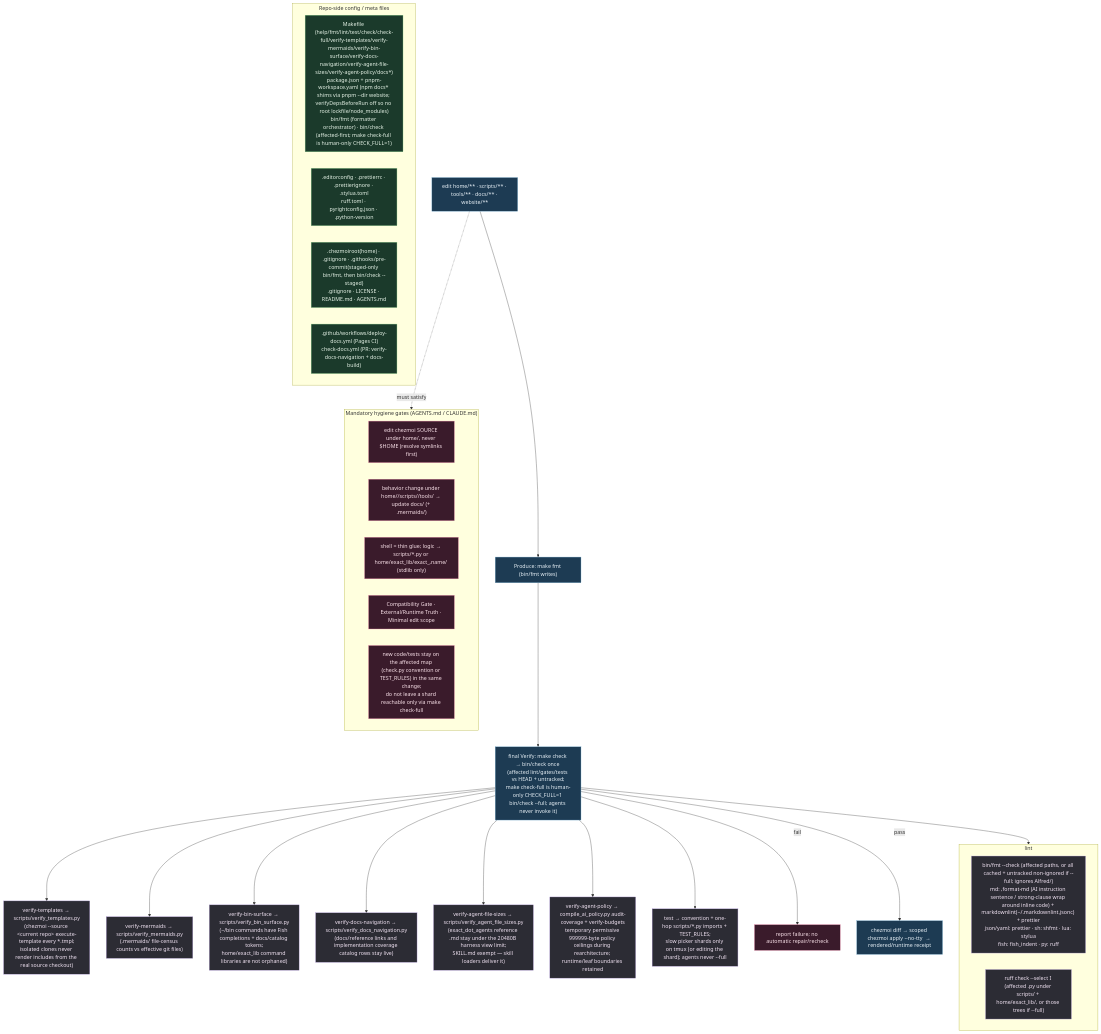
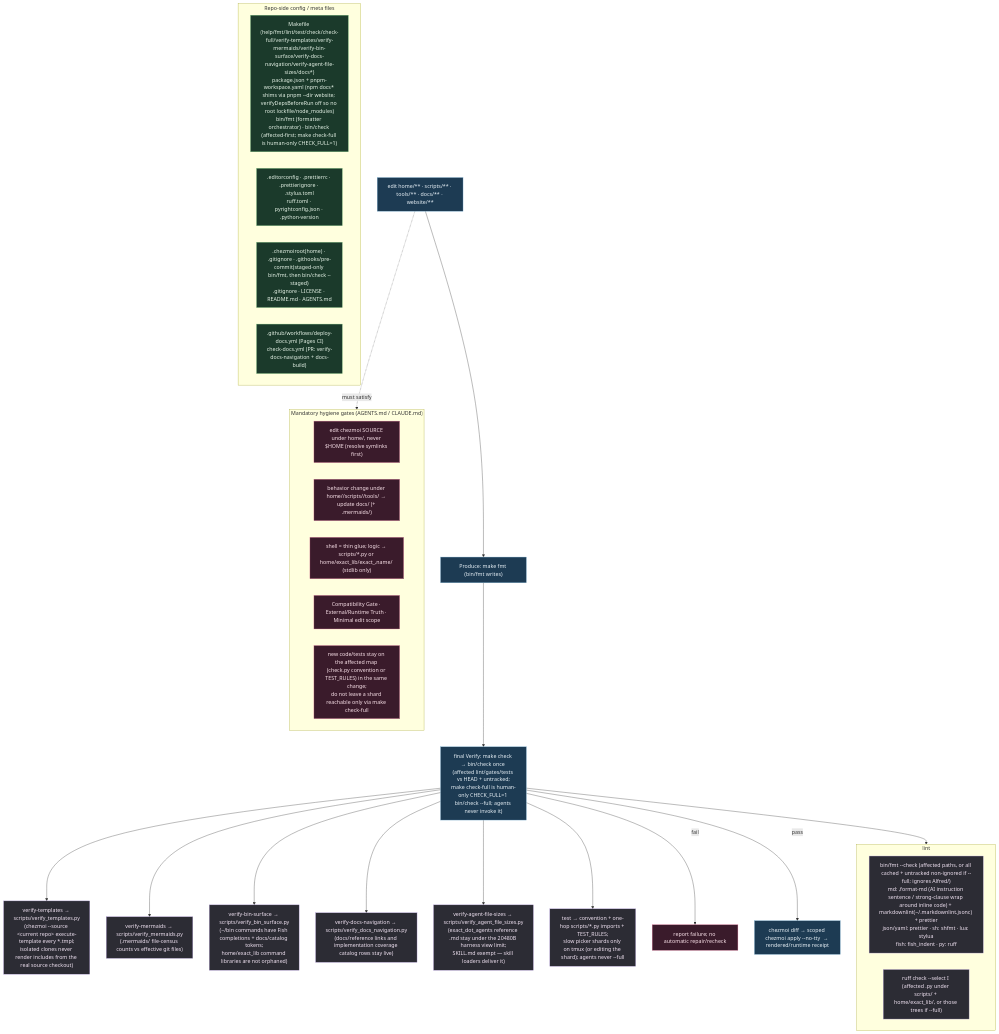
The diagram in .mermaids/09-repo-validation.mmd (kapral18/dotfiles), drawn with Mermaid before and after one commit. The commit also changed 520 other files, not shown here.

```diff
--- a/.mermaids/09-repo-validation.mmd
+++ b/.mermaids/09-repo-validation.mmd
@@ -1,46 +1,45 @@
 %% ============================================================================
 %% 09-repo-validation.mmd — Repo dev loop + every repo-side config/meta file.
 %% Produce: `make fmt`; integrated final Verify: `make check` once. `make check` is affected-only
 %% (`bin/check` vs dirty paths). `make check-full` is human-only (`CHECK_FULL=1 bin/check --full`);
 %% agents must never invoke it. Pre-commit: staged-only bin/fmt, then `bin/check --staged`.
 %% ============================================================================
 flowchart TD
     classDef mk fill:#1d3b53,stroke:#7fb3d5,color:#eaf2f8;
     classDef tool fill:#2c2c34,stroke:#b39ddb,color:#f3e5f5;
     classDef gate fill:#3a1b2b,stroke:#f48fb1,color:#fce4ec;
     classDef cfg fill:#1b3a2b,stroke:#81c784,color:#e8f5e9;
 
     EDIT["edit home/** · scripts/** · tools/** · docs/** · website/**"]:::mk --> FMTW["Produce: make fmt (bin/fmt writes)"]:::mk
     FMTW --> CHECK["final Verify: make check → bin/check once (affected lint/gates/tests vs HEAD + untracked;<br/>make check-full is human-only CHECK_FULL=1 bin/check --full; agents never invoke it)"]:::mk
 
     subgraph LINT["lint"]
         FMT["bin/fmt --check (affected paths, or all cached + untracked non-ignored if --full; ignores Alfred/)<br/>md: ,format-md (AI instruction sentence / strong-clause wrap around inline code) + markdownlint(~/.markdownlint.jsonc) + prettier<br/>json/yaml: prettier · sh: shfmt · lua: stylua<br/>fish: fish_indent · py: ruff"]:::tool
         RUFFI["ruff check --select I (affected .py under scripts/ + home/exact_lib/, or those trees if --full)"]:::tool
     end
     VT["verify-templates → scripts/verify_templates.py<br/>(chezmoi --source &lt;current repo&gt; execute-template every *.tmpl;<br/>isolated clones never render includes from the real source checkout)"]:::tool
     VM["verify-mermaids → scripts/verify_mermaids.py<br/>(.mermaids/ file-census counts vs effective git files)"]:::tool
     VB["verify-bin-surface → scripts/verify_bin_surface.py<br/>(~/bin commands have Fish completions + docs/catalog tokens;<br/>home/exact_lib command libraries are not orphaned)"]:::tool
     VDN["verify-docs-navigation → scripts/verify_docs_navigation.py<br/>(docs/reference links and implementation coverage catalog rows stay live)"]:::tool
     VAF["verify-agent-file-sizes → scripts/verify_agent_file_sizes.py<br/>(exact_dot_agents reference .md stay under the 20480B harness view limit;<br/>SKILL.md exempt — skill loaders deliver it)"]:::tool
-    VAP["verify-agent-policy → compile_ai_policy.py audit-coverage + verify-budgets<br/>temporary permissive 999999-byte policy ceilings during rearchitecture; runtime/leaf boundaries retained"]:::tool
     TST["test → convention + one-hop scripts/*.py imports + TEST_RULES;<br/>slow picker shards only on tmux (or editing the shard); agents never --full"]:::tool
-    CHECK --> LINT & VT & VM & VB & VDN & VAF & VAP & TST
+    CHECK --> LINT & VT & VM & VB & VDN & VAF & TST
 
     CHECK -->|fail| STOP["report failure; no automatic repair/recheck"]:::gate
     CHECK -->|pass| APPLY["chezmoi diff → scoped chezmoi apply --no-tty <target> → rendered/runtime receipt"]:::mk
 
     subgraph CONFIG["Repo-side config / meta files"]
-        C1["Makefile (help/fmt/lint/test/check/check-full/verify-templates/verify-mermaids/verify-bin-surface/verify-docs-navigation/verify-agent-file-sizes/verify-agent-policy/docs*)<br/>package.json + pnpm-workspace.yaml (npm docs* shims via pnpm --dir website; verifyDepsBeforeRun off so no root lockfile/node_modules)<br/>bin/fmt (formatter orchestrator) · bin/check (affected-first; make check-full is human-only CHECK_FULL=1)"]:::cfg
+        C1["Makefile (help/fmt/lint/test/check/check-full/verify-templates/verify-mermaids/verify-bin-surface/verify-docs-navigation/verify-agent-file-sizes/docs*)<br/>package.json + pnpm-workspace.yaml (npm docs* shims via pnpm --dir website; verifyDepsBeforeRun off so no root lockfile/node_modules)<br/>bin/fmt (formatter orchestrator) · bin/check (affected-first; make check-full is human-only CHECK_FULL=1)"]:::cfg
         C2[".editorconfig · .prettierrc · .prettierignore · .stylua.toml<br/>ruff.toml · pyrightconfig.json · .python-version"]:::cfg
         C3[".chezmoiroot(home) · .gitignore · .githooks/pre-commit(staged-only bin/fmt, then bin/check --staged)<br/>.gitignore · LICENSE · README.md · AGENTS.md"]:::cfg
         C4[".github/workflows/deploy-docs.yml (Pages CI)<br/>check-docs.yml (PR: verify-docs-navigation + docs-build)"]:::cfg
     end
 
     subgraph HYG["Mandatory hygiene gates (AGENTS.md / CLAUDE.md)"]
         G1["edit chezmoi SOURCE under home/, never $HOME (resolve symlinks first)"]:::gate
         G2["behavior change under home//scripts//tools/ → update docs/ (+ .mermaids/)"]:::gate
         G3["shell = thin glue; logic → scripts/*.py or home/exact_lib/exact_,name/ (stdlib only)"]:::gate
         G4["Compatibility Gate · External/Runtime Truth · Minimal edit scope"]:::gate
         G5["new code/tests stay on the affected map (check.py convention or TEST_RULES) in the same change;<br/>do not leave a shard reachable only via make check-full"]:::gate
     end
     EDIT -.must satisfy.-> HYG
```
